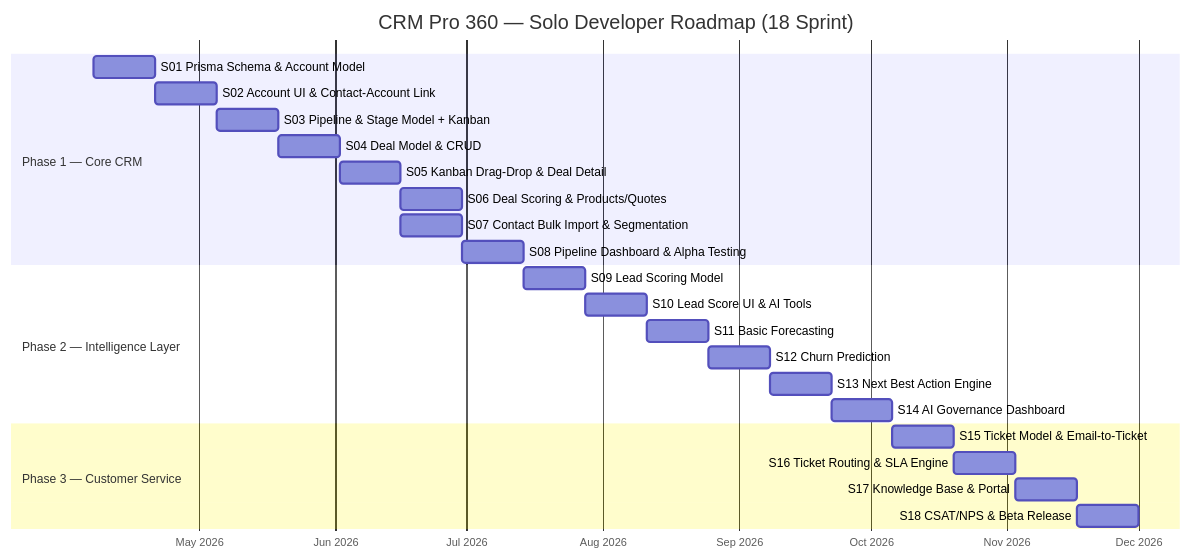
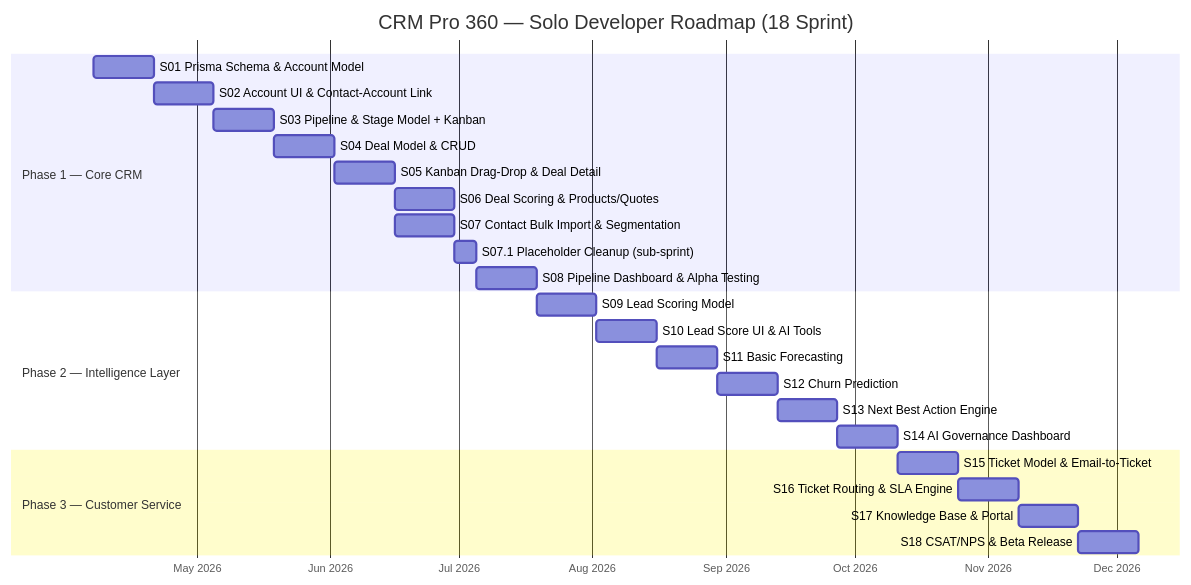
The first of 2 diagrams in crm/docs/01-ROADMAP-SOLO.md (Chetto983/PMSync), drawn with Mermaid before and after one commit. The commit also changed other lines of this file and 3 other files, not shown here.

````diff
--- a/crm/docs/01-ROADMAP-SOLO.md
+++ b/crm/docs/01-ROADMAP-SOLO.md
@@ -62,30 +62,31 @@
 ```mermaid
 gantt
     title CRM Pro 360 — Solo Developer Roadmap (18 Sprint)
     dateFormat  YYYY-MM-DD
     axisFormat  %b %Y
 
     section Phase 1 — Core CRM
     S01 Prisma Schema & Account Model          :s01, 2026-04-07, 14d
     S02 Account UI & Contact-Account Link      :s02, after s01, 14d
     S03 Pipeline & Stage Model + Kanban        :s03, after s02, 14d
     S04 Deal Model & CRUD                      :s04, after s03, 14d
     S05 Kanban Drag-Drop & Deal Detail         :s05, after s04, 14d
     S06 Deal Scoring & Products/Quotes         :s06, after s05, 14d
     S07 Contact Bulk Import & Segmentation     :s07, after s05, 14d
-    S08 Pipeline Dashboard & Alpha Testing     :s08, after s06, 14d
+    S07.1 Placeholder Cleanup (sub-sprint)     :s071, after s07, 5d
+    S08 Pipeline Dashboard & Alpha Testing     :s08, after s071, 14d
 
     section Phase 2 — Intelligence Layer
     S09 Lead Scoring Model                     :s09, after s08, 14d
     S10 Lead Score UI & AI Tools               :s10, after s09, 14d
     S11 Basic Forecasting                      :s11, after s10, 14d
     S12 Churn Prediction                       :s12, after s11, 14d
     S13 Next Best Action Engine                :s13, after s12, 14d
     S14 AI Governance Dashboard                :s14, after s13, 14d
 
     section Phase 3 — Customer Service
     S15 Ticket Model & Email-to-Ticket         :s15, after s14, 14d
     S16 Ticket Routing & SLA Engine            :s16, after s15, 14d
     S17 Knowledge Base & Portal                :s17, after s16, 14d
     S18 CSAT/NPS & Beta Release                :s18, after s17, 14d
 ```
````
